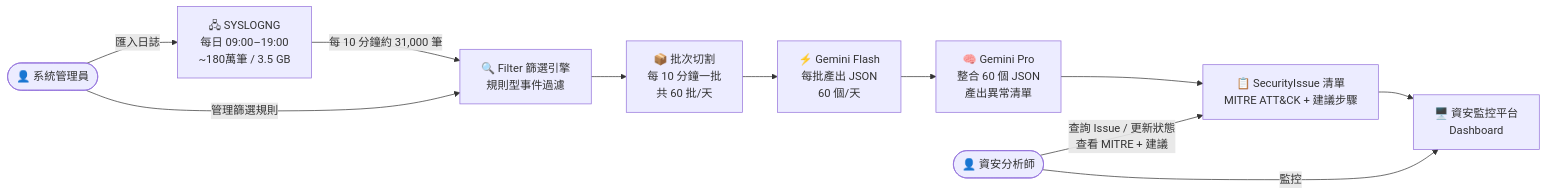
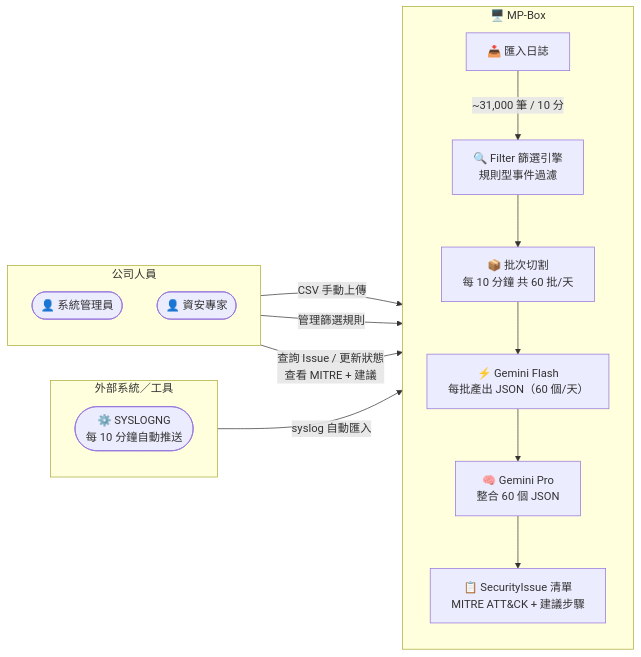
One commit to Rexshen-Co/docs changed the diagram in diagrams/log-processing.md. Above: the diagram before and after it, drawn with Mermaid.

Commit message:
refactor: split import paths, add MP-Box boundary with left/right actor zones

````diff
--- a/diagrams/log-processing.md
+++ b/diagrams/log-processing.md
@@ -5,25 +5,31 @@
 ```mermaid
 flowchart LR
-    SysAdmin(["👤 系統管理員"])
-    SecAnalyst(["👤 資安分析師"])
+    subgraph 外部["外部系統／工具"]
+        direction TB
+        Syslogng(["⚙️ SYSLOGNG<br/>每 10 分鐘自動推送"])
+    end
 
-    A["🖧 SYSLOGNG<br/>每日 09:00–19:00<br/>~180萬筆 / 3.5 GB"]
-    B["🔍 Filter 篩選引擎<br/>規則型事件過濾"]
-    C["📦 批次切割<br/>每 10 分鐘一批<br/>共 60 批/天"]
-    D["⚡ Gemini Flash<br/>每批產出 JSON<br/>60 個/天"]
-    E["🧠 Gemini Pro<br/>整合 60 個 JSON<br/>產出異常清單"]
-    F["📋 SecurityIssue 清單<br/>MITRE ATT&CK + 建議步驟"]
-    G["🖥️ 資安監控平台<br/>Dashboard"]
+    subgraph MPBox["🖥️ MP-Box"]
+        direction TB
+        A["📥 匯入日誌"]
+        B["🔍 Filter 篩選引擎<br/>規則型事件過濾"]
+        C["📦 批次切割<br/>每 10 分鐘 共 60 批/天"]
+        D["⚡ Gemini Flash<br/>每批產出 JSON（60 個/天）"]
+        E["🧠 Gemini Pro<br/>整合 60 個 JSON"]
+        F["📋 SecurityIssue 清單<br/>MITRE ATT&CK + 建議步驟"]
 
-    A -->|每 10 分鐘約 31,000 筆| B
-    B --> C
-    C --> D
-    D --> E
-    E --> F
-    F --> G
+        A -->|~31,000 筆 / 10 分| B
+        B --> C --> D --> E --> F
+    end
 
-    SysAdmin -->|匯入日誌| A
+    subgraph 公司["公司人員"]
+        direction TB
+        SysAdmin(["👤 系統管理員"])
+        SecAnalyst(["👤 資安專家"])
+    end
+
+    Syslogng -->|syslog 自動匯入| A
+    SysAdmin -->|CSV 手動上傳| A
     SysAdmin -->|管理篩選規則| B
     SecAnalyst -->|查詢 Issue / 更新狀態<br/>查看 MITRE + 建議| F
-    SecAnalyst -->|監控| G
 ```
````
